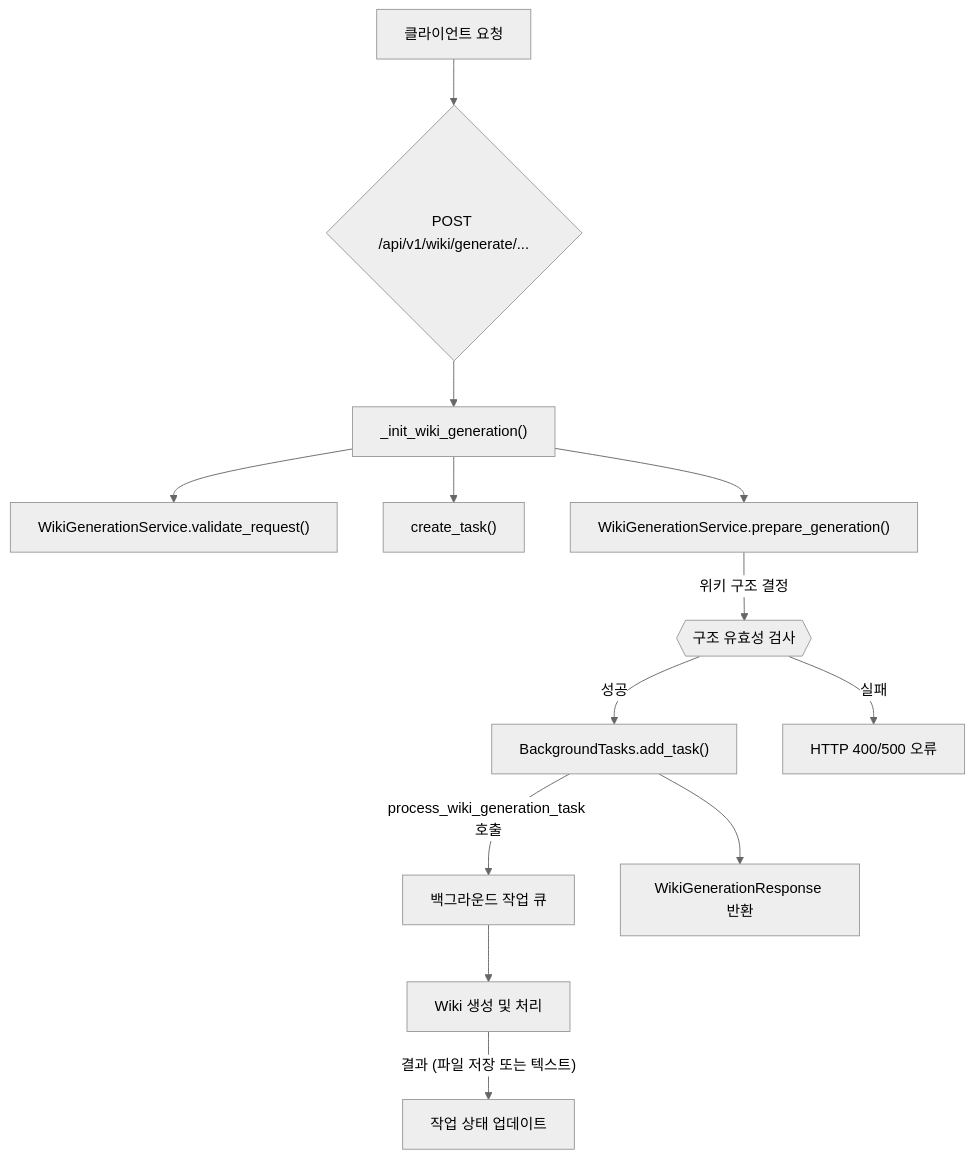
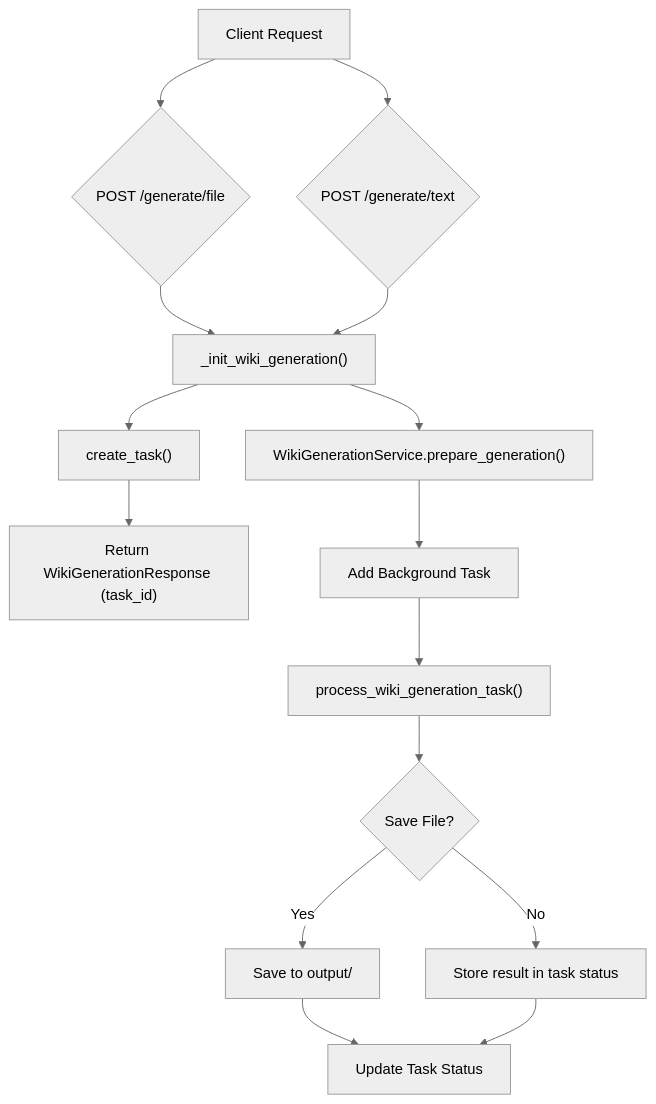
Diagram 14 of 19 in examples/wiki_as_README.md (catuscio/wiki-as-readme), drawn with Mermaid (neutral theme) before and after one commit. The commit also changed other lines of this file, not shown here.

Commit message:
✨📚 Update examples/wiki_as_README.md via Wiki-As-Readme Action (en)

````diff
--- a/examples/wiki_as_README.md
+++ b/examples/wiki_as_README.md
@@ -1821,15 +1557,17 @@
 ```mermaid
 graph TD
-    A["클라이언트 요청"] --> B{"POST /api/v1/wiki/generate/..."};
-    B --> C["_init_wiki_generation()"];
-    C --> D["WikiGenerationService.validate_request()"];
-    C --> E["create_task()"];
-    C --> F["WikiGenerationService.prepare_generation()"];
-    F -- "위키 구조 결정" --> G{{"구조 유효성 검사"}};
-    G -- "성공" --> H["BackgroundTasks.add_task()"];
-    H -- "process_wiki_generation_task 호출" --> I["백그라운드 작업 큐"];
-    I --> J["Wiki 생성 및 처리"];
-    J -- "결과 (파일 저장 또는 텍스트)" --> K["작업 상태 업데이트"];
-    H --> L["WikiGenerationResponse 반환"];
-    G -- "실패" --> M["HTTP 400/500 오류"];
+    A["Client Request"] --> B{"POST /generate/file"};
+    A --> C{"POST /generate/text"};
+    B --> D["_init_wiki_generation()"];
+    C --> D;
+    D --> E["create_task()"];
+    D --> F["WikiGenerationService.prepare_generation()"];
+    E --> G["Return WikiGenerationResponse (task_id)"];
+    F --> H["Add Background Task"];
+    H --> I["process_wiki_generation_task()"];
+    I --> J{"Save File?"};
+    J -- "Yes" --> K["Save to output/"];
+    J -- "No" --> L["Store result in task status"];
+    K --> M["Update Task Status"];
+    L --> M;
 ```
````
